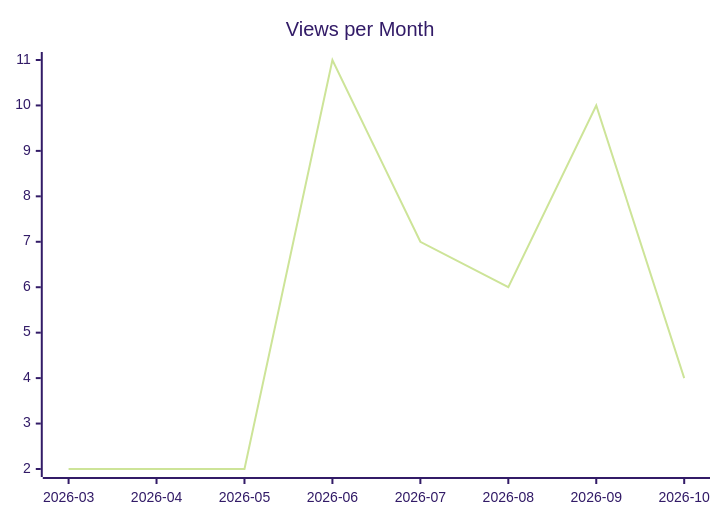
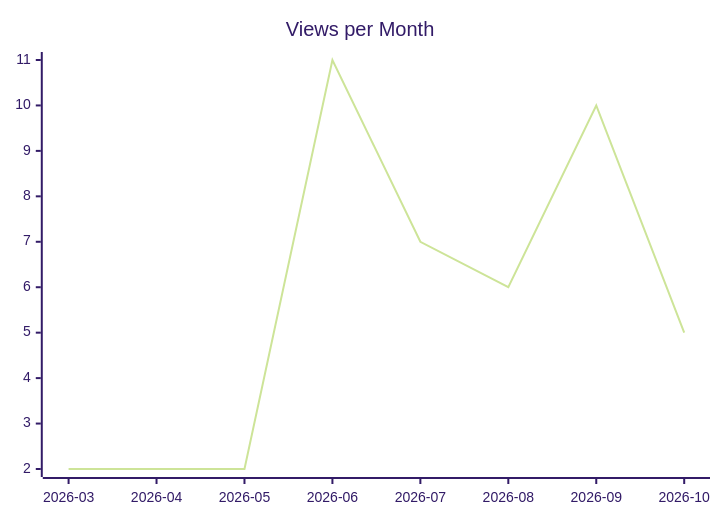
One commit to justdavis-family/github-analytics-data changed the second of 3 diagrams in karlmdavis/ansible-role-jenkins2/README.md. Above: the diagram before and after it, drawn with Mermaid (forest theme). The commit also changed other lines of this file and 198 other files, not shown here.

````diff
--- a/karlmdavis/ansible-role-jenkins2/README.md
+++ b/karlmdavis/ansible-role-jenkins2/README.md
@@ -12,6 +12,6 @@
 ```mermaid
 xychart-beta
   title "Views per Month"
   x-axis ["2026-03", "2026-04", "2026-05", "2026-06", "2026-07", "2026-08", "2026-09", "2026-10"]
-  line [2, 2, 2, 11, 7, 6, 10, 4]
+  line [2, 2, 2, 11, 7, 6, 10, 5]
 ```
````
